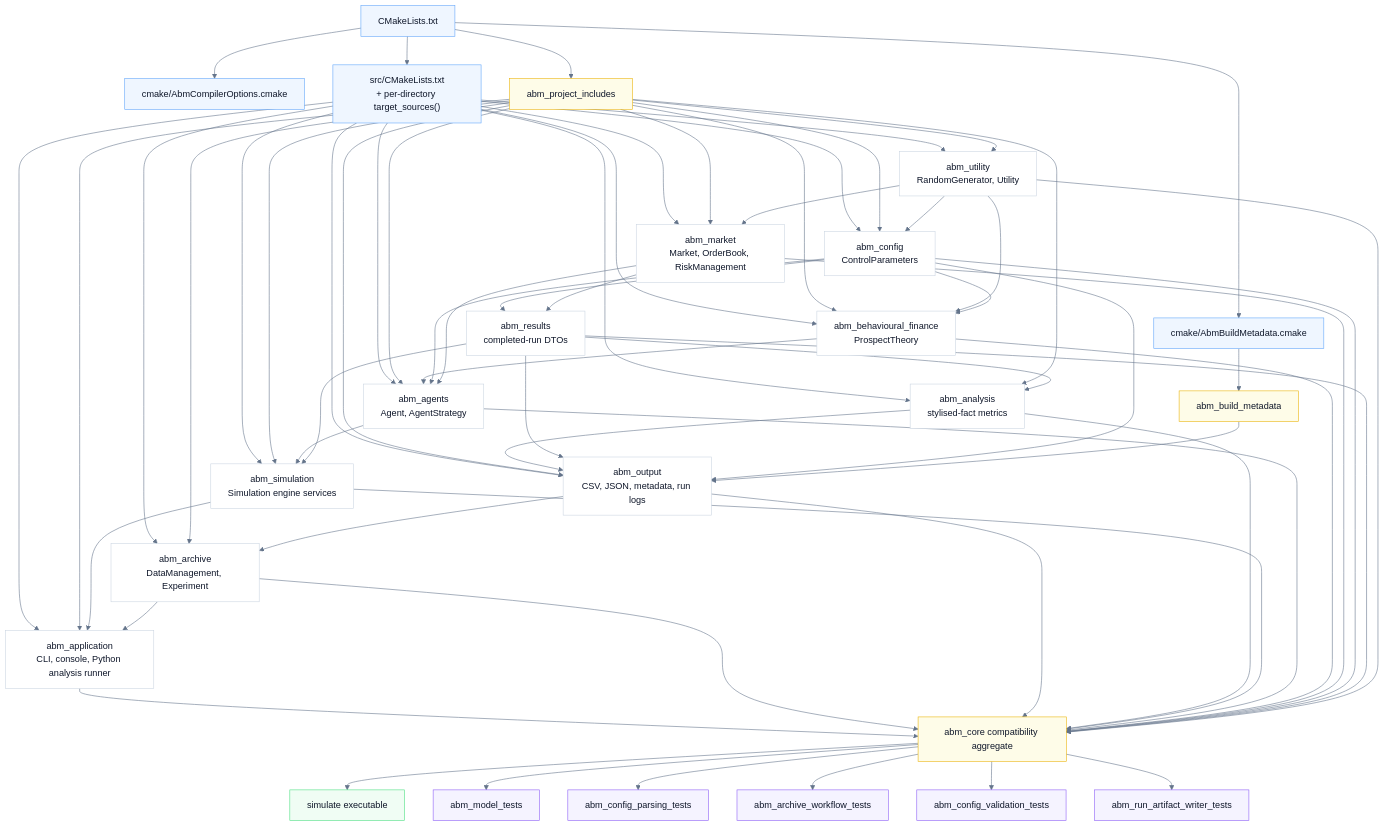
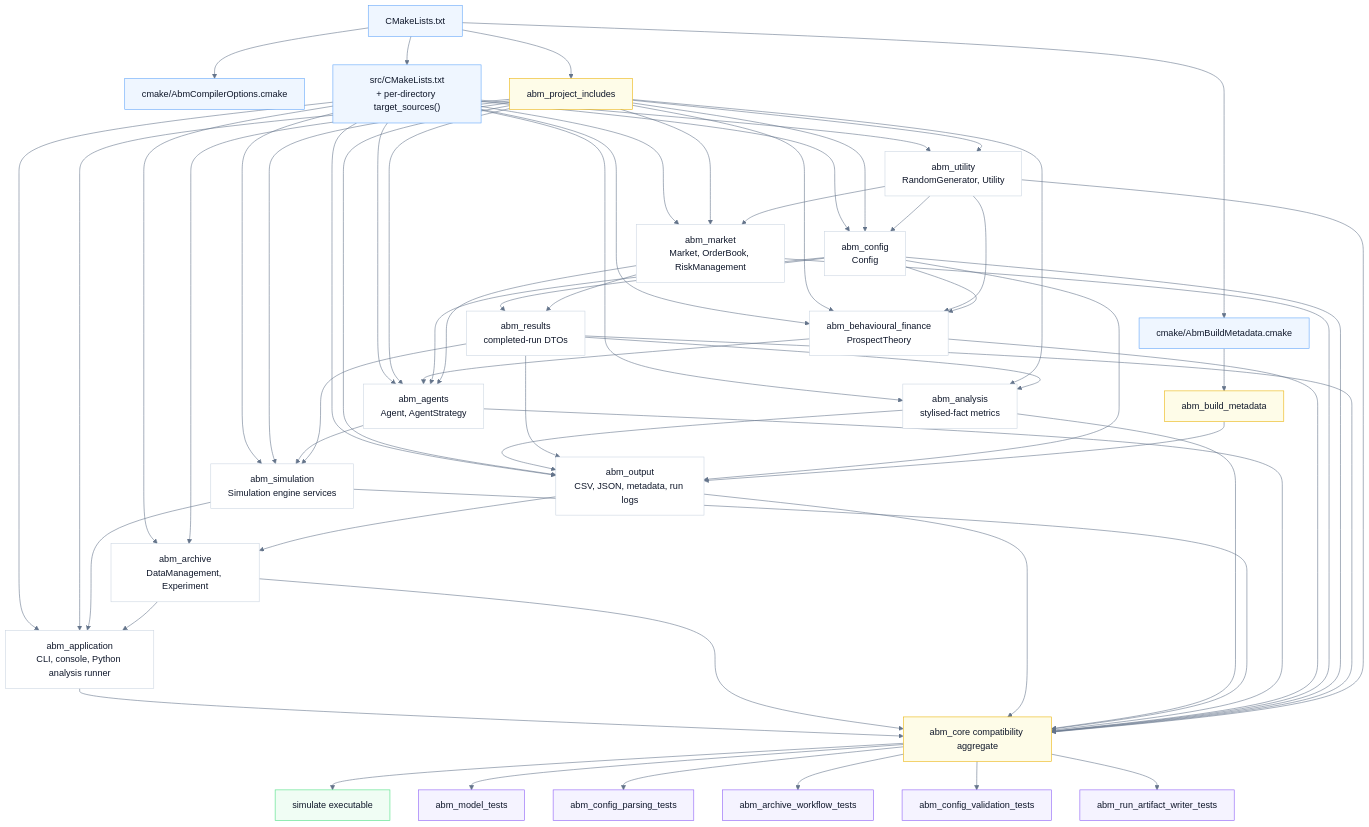
One commit to JustSimpleLucas/BABM changed the diagram in docs/build_structure.mmd. Above: the diagram before and after it, drawn with Mermaid. The commit also changed 162 other files, not shown here.

```diff
--- a/docs/build_structure.mmd
+++ b/docs/build_structure.mmd
@@ -1,108 +1,108 @@
 %%{init: {"theme": "base", "themeVariables": {"background": "#ffffff", "primaryColor": "#f8fafc", "primaryBorderColor": "#94a3b8", "primaryTextColor": "#0f172a", "lineColor": "#64748b", "secondaryColor": "#eff6ff", "tertiaryColor": "#f0fdf4", "fontFamily": "Arial, sans-serif"}}}%%
 flowchart TD
     root["CMakeLists.txt"]
     compiler["cmake/AbmCompilerOptions.cmake"]
     metadata["cmake/AbmBuildMetadata.cmake"]
     sources["src/CMakeLists.txt<br/>+ per-directory target_sources()"]
 
     includes["abm_project_includes"]
     buildMetadata["abm_build_metadata"]
     core["abm_core compatibility aggregate"]
     app["simulate executable"]
 
     utility["abm_utility<br/>RandomGenerator, Utility"]
-    config["abm_config<br/>ControlParameters"]
+    config["abm_config<br/>Config"]
     market["abm_market<br/>Market, OrderBook, RiskManagement"]
     behavioural["abm_behavioural_finance<br/>ProspectTheory"]
     agents["abm_agents<br/>Agent, AgentStrategy"]
     results["abm_results<br/>completed-run DTOs"]
     simulation["abm_simulation<br/>Simulation engine services"]
     analysis["abm_analysis<br/>stylised-fact metrics"]
     output["abm_output<br/>CSV, JSON, metadata, run logs"]
     archive["abm_archive<br/>DataManagement, Experiment"]
     application["abm_application<br/>CLI, console, Python analysis runner"]
 
     modelTests["abm_model_tests"]
     parsingTests["abm_config_parsing_tests"]
     archiveTests["abm_archive_workflow_tests"]
     validationTests["abm_config_validation_tests"]
     artifactTests["abm_run_artifact_writer_tests"]
 
     root --> compiler
     root --> metadata
     root --> sources
     root --> includes
     metadata --> buildMetadata
 
     sources --> utility
     sources --> config
     sources --> market
     sources --> behavioural
     sources --> agents
     sources --> simulation
     sources --> analysis
     sources --> output
     sources --> archive
     sources --> application
 
     includes --> utility
     includes --> config
     includes --> market
     includes --> behavioural
     includes --> agents
     includes --> simulation
     includes --> analysis
     includes --> output
     includes --> archive
     includes --> application
 
     utility --> config
     utility --> market
     utility --> behavioural
     config --> behavioural
     config --> results
     market --> results
     behavioural --> agents
     config --> agents
     market --> agents
     agents --> simulation
     results --> simulation
     simulation --> application
     results --> analysis
     analysis --> output
     results --> output
     config --> output
     buildMetadata --> output
     output --> archive
     archive --> application
 
     application --> core
     archive --> core
     output --> core
     analysis --> core
     simulation --> core
     agents --> core
     behavioural --> core
     market --> core
     config --> core
     results --> core
     utility --> core
 
     core --> app
     core --> modelTests
     core --> parsingTests
     core --> archiveTests
     core --> validationTests
     core --> artifactTests
 
     classDef cmake fill:#eff6ff,stroke:#60a5fa,stroke-width:1px,color:#0f172a
     classDef interface fill:#fefce8,stroke:#eab308,stroke-width:1px,color:#0f172a
     classDef domain fill:#ffffff,stroke:#cbd5e1,stroke-width:1px,color:#0f172a
     classDef target fill:#f0fdf4,stroke:#4ade80,stroke-width:1px,color:#0f172a
     classDef test fill:#f5f3ff,stroke:#8b5cf6,stroke-width:1px,color:#0f172a
 
     class root,compiler,metadata,sources cmake
     class includes,buildMetadata,core interface
     class utility,config,market,behavioural,agents,results,simulation,analysis,output,archive,application domain
     class app target
     class modelTests,parsingTests,archiveTests,validationTests,artifactTests test
```
